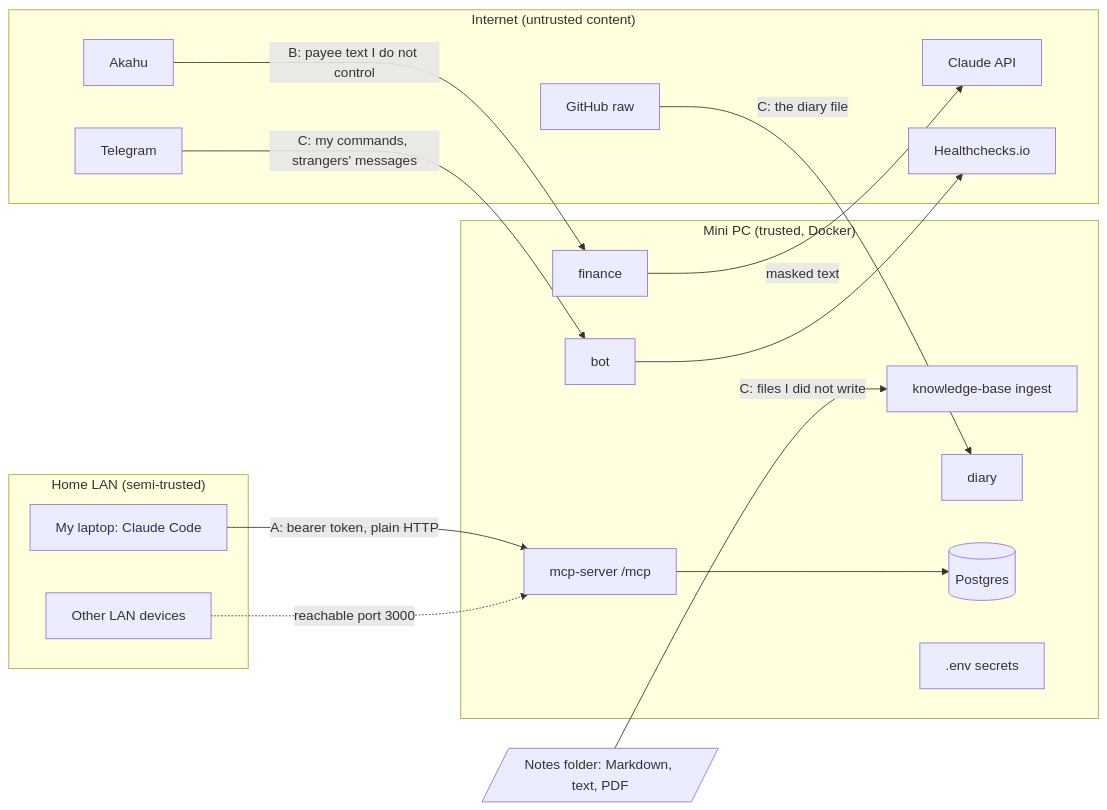
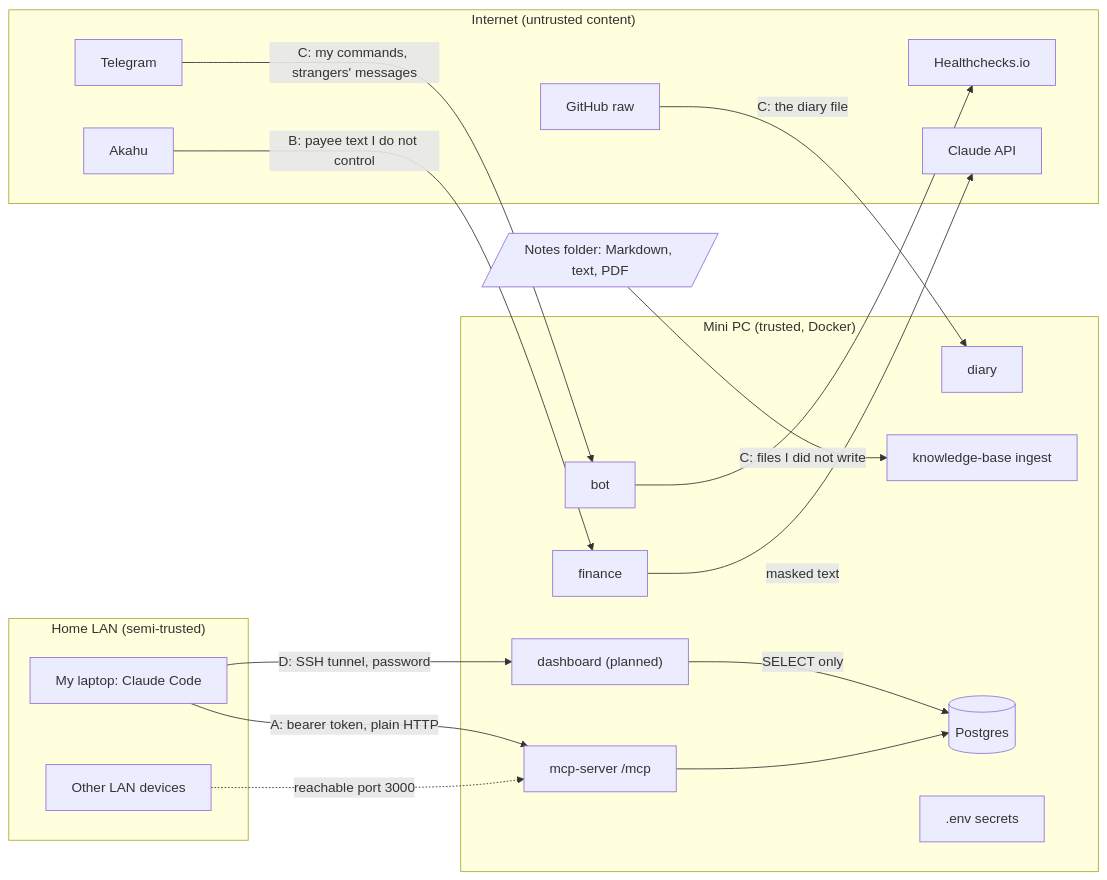
The diagram in docs/threat-model.md (charles-goodsir/personal-ops-platform), drawn with Mermaid before and after one commit. The commit also changed other lines of this file and 1 other file, not shown here.

Commit message:
Add ADR 11 for budgets and the dashboard, and section D of the threat model

````diff
--- a/docs/threat-model.md
+++ b/docs/threat-model.md
@@ -11,33 +11,36 @@
 ```mermaid
 flowchart LR
   subgraph lan["Home LAN (semi-trusted)"]
     laptop["My laptop: Claude Code"]
     other["Other LAN devices"]
   end
   subgraph box["Mini PC (trusted, Docker)"]
     mcp["mcp-server /mcp"]
     bot["bot"]
     ingest["knowledge-base ingest"]
     fin["finance"]
     diary["diary"]
+    dash["dashboard (planned)"]
     db[("Postgres")]
     env[".env secrets"]
   end
   subgraph out["Internet (untrusted content)"]
     tg["Telegram"]
     gh["GitHub raw"]
     akahu["Akahu"]
     api["Claude API"]
     hc["Healthchecks.io"]
   end
   notes[/"Notes folder: Markdown, text, PDF"/]
   laptop -- "A: bearer token, plain HTTP" --> mcp
   other -. "reachable port 3000" .-> mcp
   mcp --> db
+  laptop -- "D: SSH tunnel, password" --> dash
+  dash -- "SELECT only" --> db
   tg -- "C: my commands, strangers' messages" --> bot
   gh -- "C: the diary file" --> diary
   akahu -- "B: payee text I do not control" --> fin
   notes -- "C: files I did not write" --> ingest
   fin -- "masked text" --> api
   bot --> hc
 ```
````
